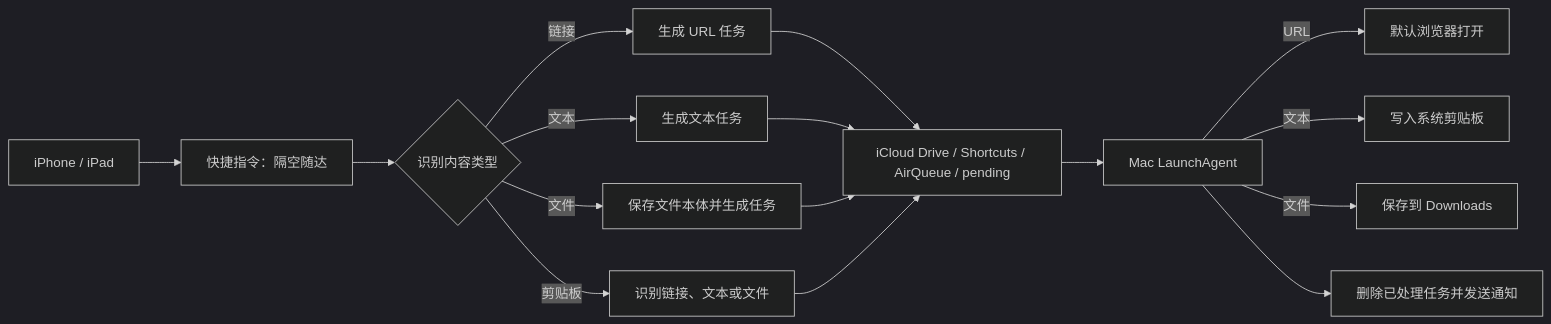
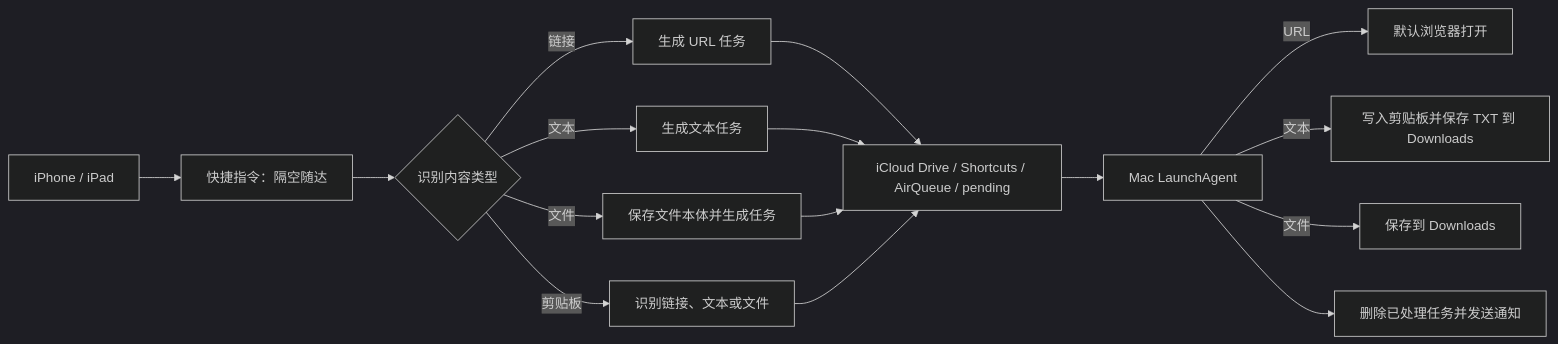
The first of 2 diagrams in README.md (OwlLinker/AirQueue), drawn with Mermaid (dark theme) before and after one commit. The commit also changed other lines of this file and 2 other files, not shown here.

Commit message:
Save received text to Downloads

````diff
--- a/README.md
+++ b/README.md
@@ -77,18 +77,18 @@
 ```mermaid
 flowchart LR
     A[ iPhone / iPad ] --> B[快捷指令：隔空随达]
     B --> C{识别内容类型}
     C -->|链接| D[生成 URL 任务]
     C -->|文本| E[生成文本任务]
     C -->|文件| F[保存文件本体并生成任务]
     C -->|剪贴板| G[识别链接、文本或文件]
     D --> H[iCloud Drive / Shortcuts / AirQueue / pending]
     E --> H
     F --> H
     G --> H
     H --> I[Mac LaunchAgent]
     I -->|URL| J[默认浏览器打开]
-    I -->|文本| K[写入系统剪贴板]
+    I -->|文本| K[写入剪贴板并保存 TXT 到 Downloads]
     I -->|文件| L[保存到 Downloads]
     I --> M[删除已处理任务并发送通知]
 ```
````
